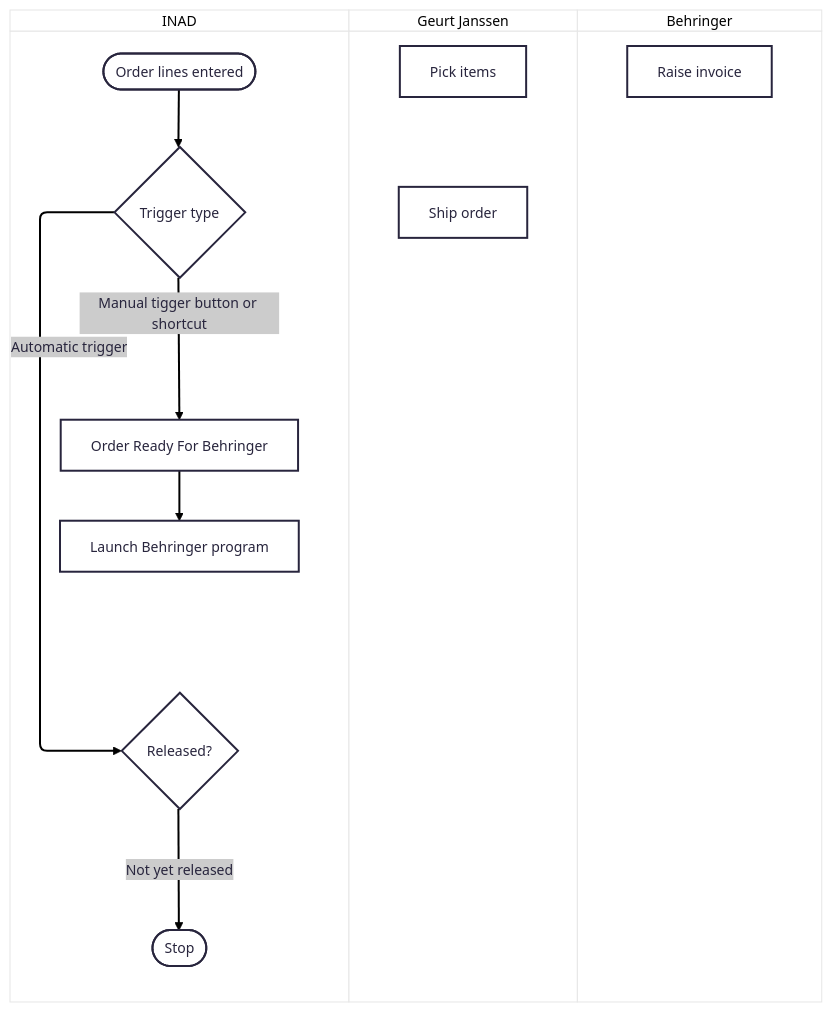
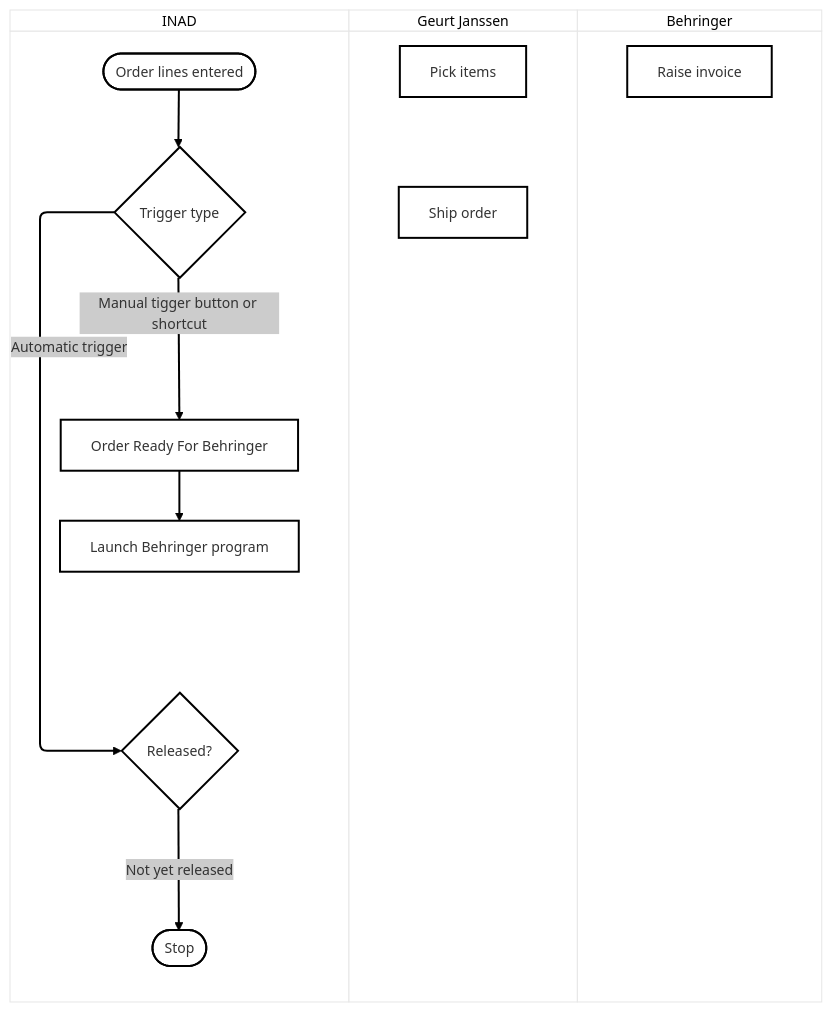
One commit to tmloosbr/inadbehringer changed the diagram in README.md. Above: the diagram before and after it, drawn with Mermaid.

````diff
--- a/README.md
+++ b/README.md
@@ -3,31 +3,30 @@
 ```mermaid
 ---
 config:
-  theme: redux-color
-  look: classic
+  theme: neo
 ---
 
 
 swimlane-beta TB
   subgraph INAD
     OrderLinesEntered([Order lines entered])
     TriggerType{Trigger type}
 Released{Released?}
 OrderReadyForBehringer[Order Ready For Behringer]
 LaunchBehringerProgram[Launch Behringer program]
 Stop([Stop])
   end
   subgraph Geurt Janssen
     Pick[Pick items]
     Ship[Ship order]
   end
   subgraph Behringer
     Invoice[Raise invoice]
   end
 OrderLinesEntered --> TriggerType
 TriggerType --> |Automatic trigger| Released
 TriggerType --> |Manual tigger button or shortcut| OrderReadyForBehringer
 Released --> |Not yet released| Stop 
 OrderReadyForBehringer --> LaunchBehringerProgram
 
 ```
````
